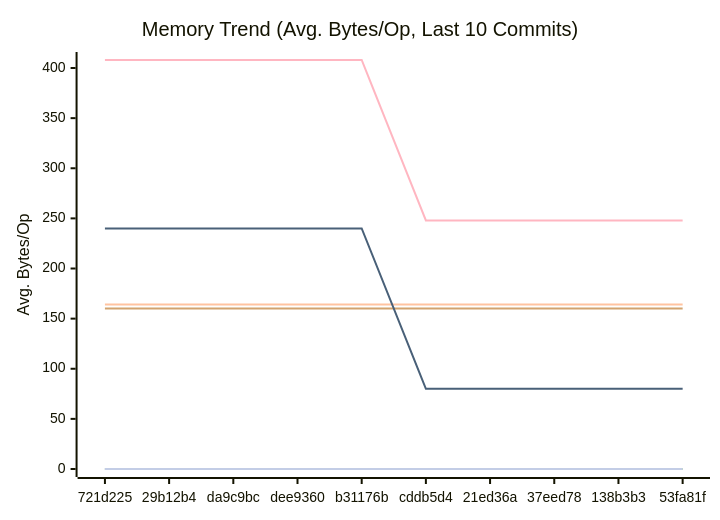
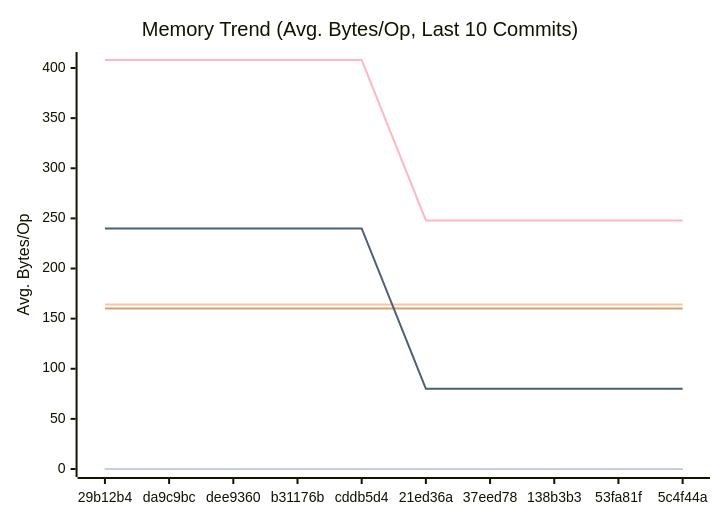
Before and after one commit to alsotoes/momo: the second of 3 diagrams in docs/PERFORMANCE.md, drawn with Mermaid. The commit also changed other lines of this file and 2 other files, not shown here.

````diff
--- a/docs/PERFORMANCE.md
+++ b/docs/PERFORMANCE.md
@@ -97,16 +97,16 @@
 ```mermaid
 xychart-beta
     title "Memory Trend (Avg. Bytes/Op, Last 10 Commits)"
     x-axis "Commit"
     y-axis "Avg. Bytes/Op"
-    x-axis [721d225,29b12b4,da9c9bc,dee9360,b31176b,cddb5d4,21ed36a,37eed78,138b3b3,53fa81f]
+    x-axis [29b12b4,da9c9bc,dee9360,b31176b,cddb5d4,21ed36a,37eed78,138b3b3,53fa81f,5c4f44a]
     line "CheckMetricsAndSwap" [0,0,0,0,0,0,0,0,0,0]
     line "CrushOptimized" [0,0,0,0,0,0,0,0,0,0]
     line "CrushOriginal" [164,164,164,164,164,164,164,164,164,164]
     line "IndexDirectTracking" [0,0,0,0,0,0,0,0,0,0]
     line "IndexSearch" [0,0,0,0,0,0,0,0,0,0]
     line "LoadGlobalConfig" [160,160,160,160,160,160,160,160,160,160]
     line "PadString" [0,0,0,0,0,0,0,0,0,0]
     line "ParseReplicationOrder_NoPrealloc" [408,408,408,408,408,248,248,248,248,248]
     line "ParseReplicationOrder_Prealloc" [240,240,240,240,240,80,80,80,80,80]
 ```
````
